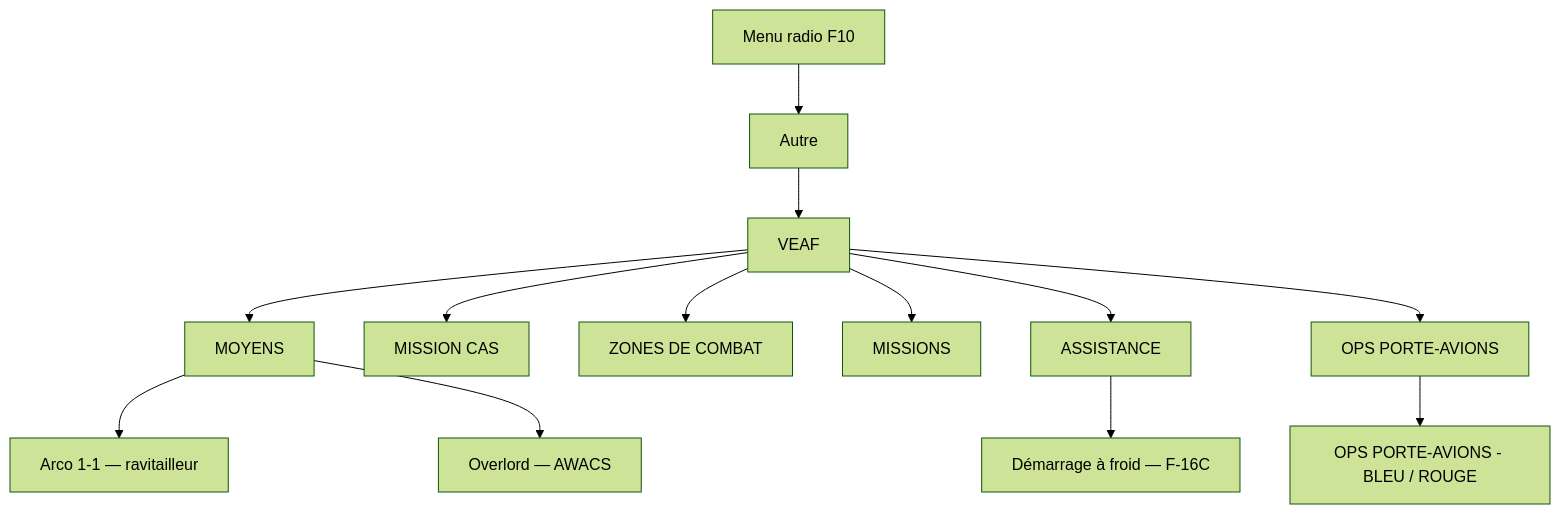
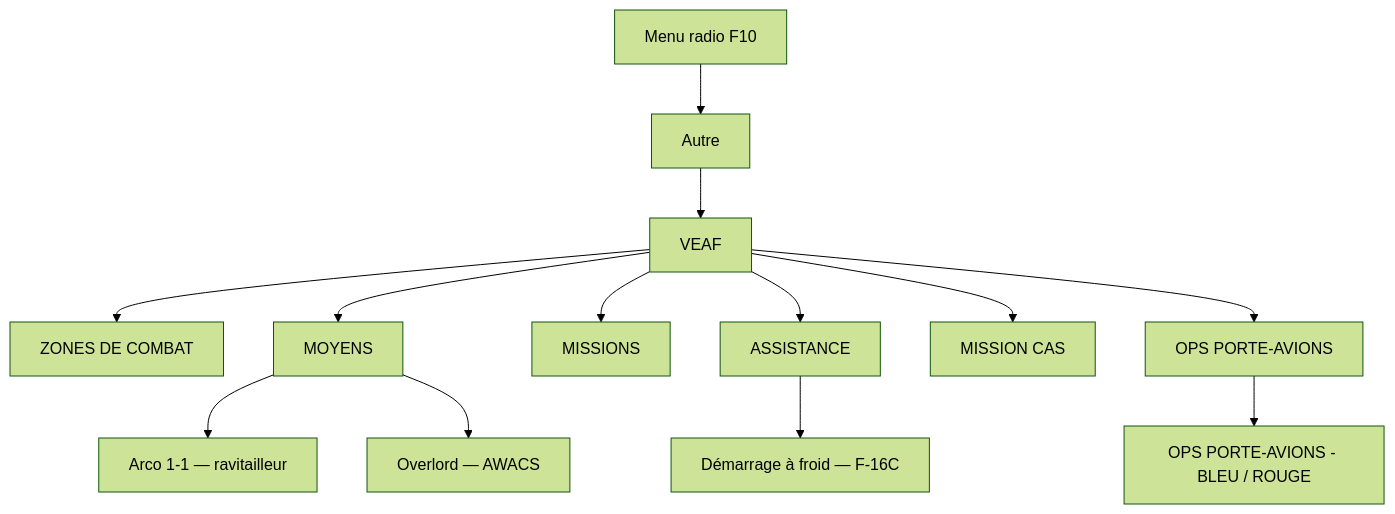
Before and after one commit to VEAF/VEAF-Mission-Creation-Tools: the diagram in doc/pilot/GUIDE.md, drawn with Mermaid (forest theme). The commit also changed other lines of this file and 12 other files, not shown here.

````diff
--- a/doc/pilot/GUIDE.md
+++ b/doc/pilot/GUIDE.md
@@ -61,13 +61,13 @@
 ```mermaid
 graph TD
     F10[Menu radio F10] --> Autre[Autre] --> VEAF[VEAF]
+    VEAF --> CZ[ZONES DE COMBAT]
     VEAF --> Res[MOYENS]
-    VEAF --> CAS[MISSION CAS]
-    VEAF --> CZ[ZONES DE COMBAT]
     VEAF --> Miss[MISSIONS]
     VEAF --> Assist[ASSISTANCE]
+    VEAF --> CAS[MISSION CAS]
     Assist --> AS1["Démarrage à froid — F-16C"]
     Res --> A1["Arco 1-1 — ravitailleur"]
     Res --> A2["Overlord — AWACS"]
     VEAF --> Carrier["OPS PORTE-AVIONS"] --> CarrierSide["OPS PORTE-AVIONS - BLEU / ROUGE"]
 ```
````
